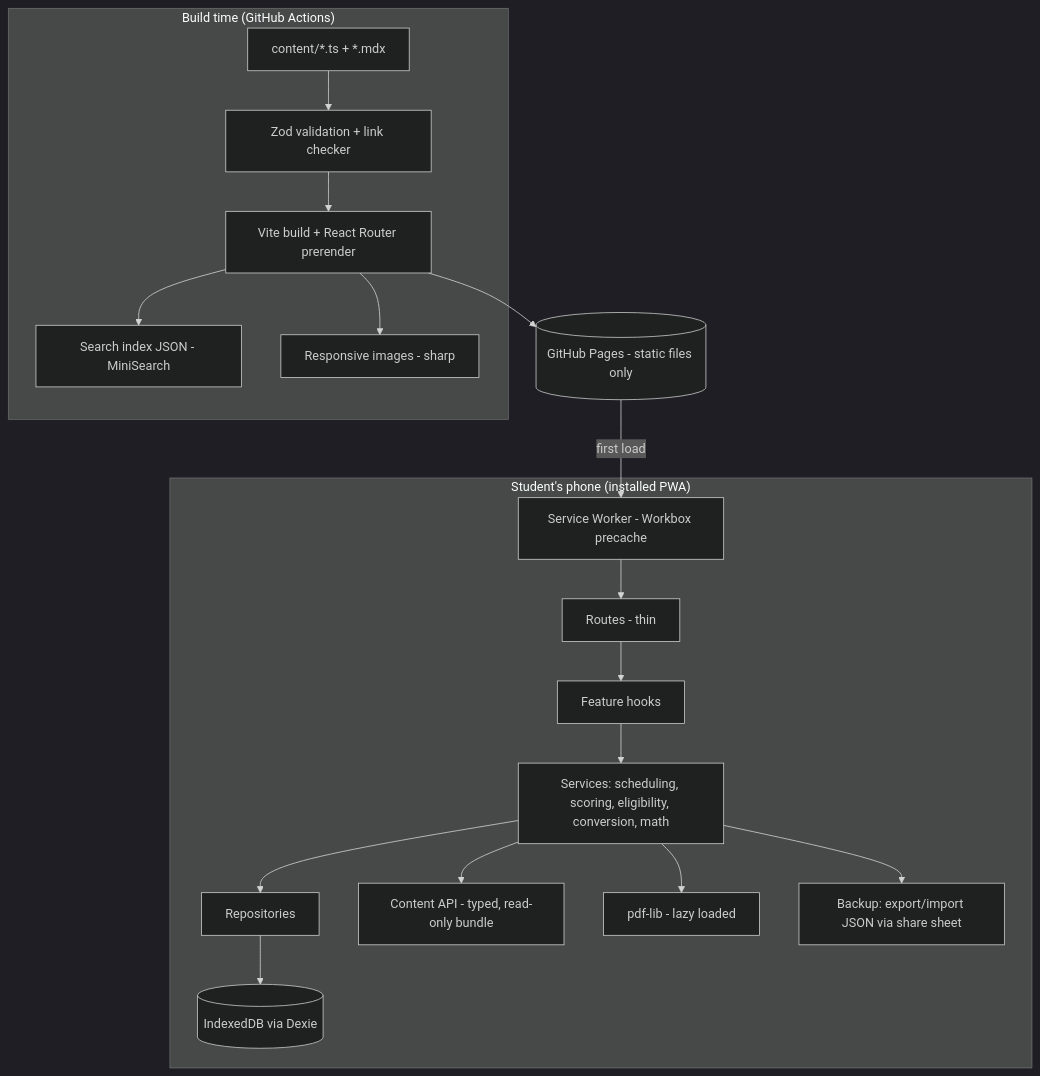
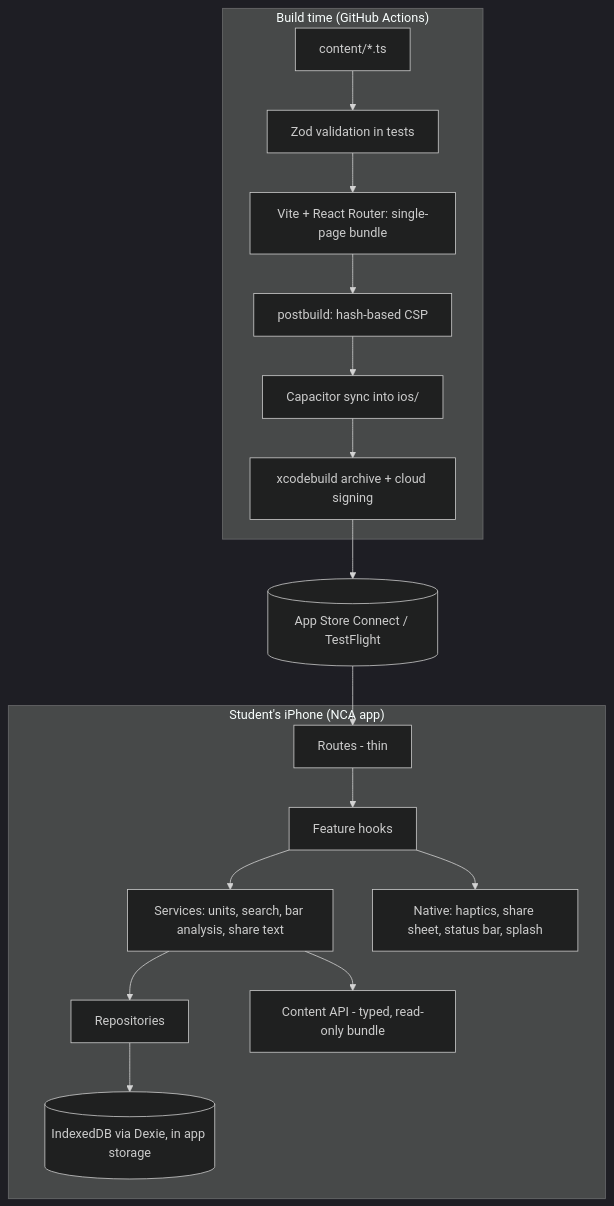
Before and after one commit to chadjara/national-cocktail-academy: the diagram in docs/architecture.md, drawn with Mermaid (dark theme). The commit also changed other lines of this file and 49 other files, not shown here.

First line of the commit message:
feat: app-only distribution, retire the public website (ADR 0010)

````diff
--- a/docs/architecture.md
+++ b/docs/architecture.md
@@ -3,21 +3,20 @@
 ```mermaid
 flowchart TB
   subgraph Build["Build time (GitHub Actions)"]
-    C[content/*.ts + *.mdx] --> V[Zod validation + link checker]
-    V --> B[Vite build + React Router prerender]
-    B --> SI[Search index JSON - MiniSearch]
-    B --> IMG[Responsive images - sharp]
+    C[content/*.ts] --> V[Zod validation in tests]
+    V --> B[Vite + React Router: single-page bundle]
+    B --> CSP[postbuild: hash-based CSP]
+    CSP --> CAP[Capacitor sync into ios/]
+    CAP --> X[xcodebuild archive + cloud signing]
   end
-  B --> GP[(GitHub Pages - static files only)]
-  GP -->|first load| SW[Service Worker - Workbox precache]
-  subgraph Device["Student's phone (installed PWA)"]
-    SW --> UI[Routes - thin]
-    UI --> F[Feature hooks]
-    F --> S[Services: scheduling, scoring, eligibility, conversion, math]
+  X --> TF[(App Store Connect / TestFlight)]
+  TF --> UI
+  subgraph Device["Student's iPhone (NCA app)"]
+    UI[Routes - thin] --> F[Feature hooks]
+    F --> S[Services: units, search, bar analysis, share text]
     S --> R[Repositories]
-    R --> DB[(IndexedDB via Dexie)]
+    R --> DB[(IndexedDB via Dexie, in app storage)]
     S --> CT[Content API - typed, read-only bundle]
-    S --> PDF[pdf-lib - lazy loaded]
-    S --> BK[Backup: export/import JSON via share sheet]
+    F --> N[Native: haptics, share sheet, status bar, splash]
   end
 ```
````
